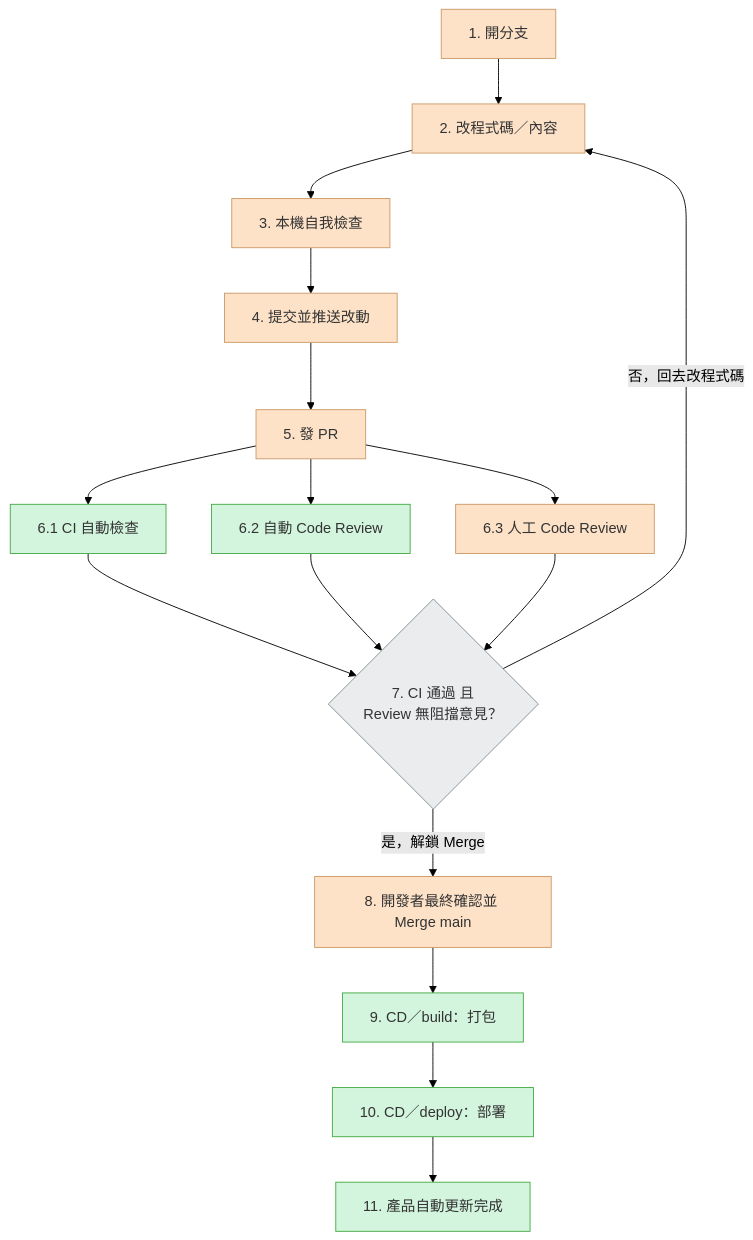
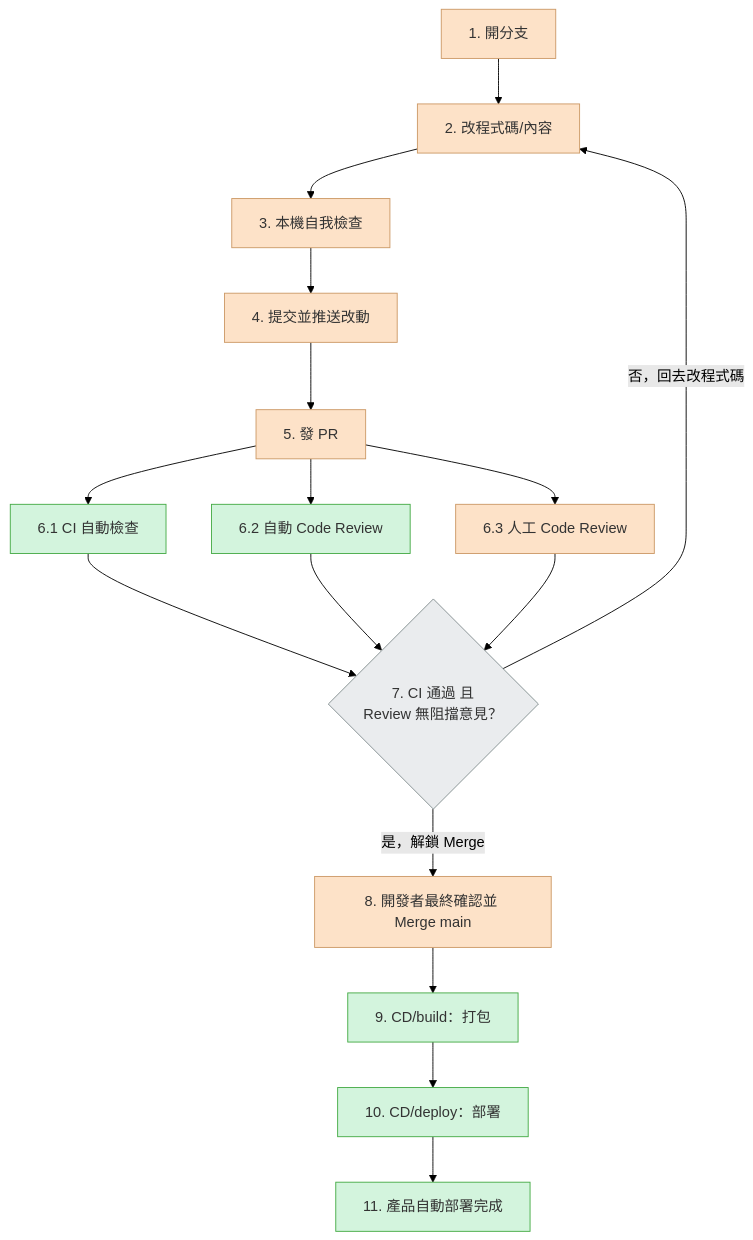
The diagram in docs/index.md (Study2Strong/Launch-Your-Vibe-Coding-Product), drawn with Mermaid (forest theme) before and after one commit. The commit also changed other lines of this file and 1 other file, not shown here.

````diff
--- a/docs/index.md
+++ b/docs/index.md
@@ -70,25 +70,25 @@
 ```mermaid
 flowchart TD
-    A["1. 開分支"]:::manual --> B["2. 改程式碼／內容"]:::manual
+    A["1. 開分支"]:::manual --> B["2. 改程式碼/內容"]:::manual
     B --> C["3. 本機自我檢查"]:::manual
     C --> D["4. 提交並推送改動"]:::manual
     D --> E["5. 發 PR"]:::manual
 
     E --> F["6.1 CI 自動檢查"]:::auto
     E --> G["6.2 自動 Code Review"]:::auto
     E --> H["6.3 人工 Code Review"]:::manual
 
     F --> I{"7. CI 通過 且<br/>Review 無阻擋意見？"}:::decision
     G --> I
     H --> I
     I -- 否，回去改程式碼 --> B
     I -- 是，解鎖 Merge --> J["8. 開發者最終確認並 Merge main"]:::manual
 
-    J --> K["9. CD／build：打包"]:::auto
-    K --> L["10. CD／deploy：部署"]:::auto
-    L --> M["11. 產品自動更新完成"]:::auto
+    J --> K["9. CD/build：打包"]:::auto
+    K --> L["10. CD/deploy：部署"]:::auto
+    L --> M["11. 產品自動部署完成"]:::auto
 
     classDef manual fill:#fde2c8,stroke:#c96,color:#333;
     classDef auto fill:#d3f4dd,stroke:#4a4,color:#333;
     classDef decision fill:#eaecee,stroke:#7f8c8d,color:#333;
 ```
````
